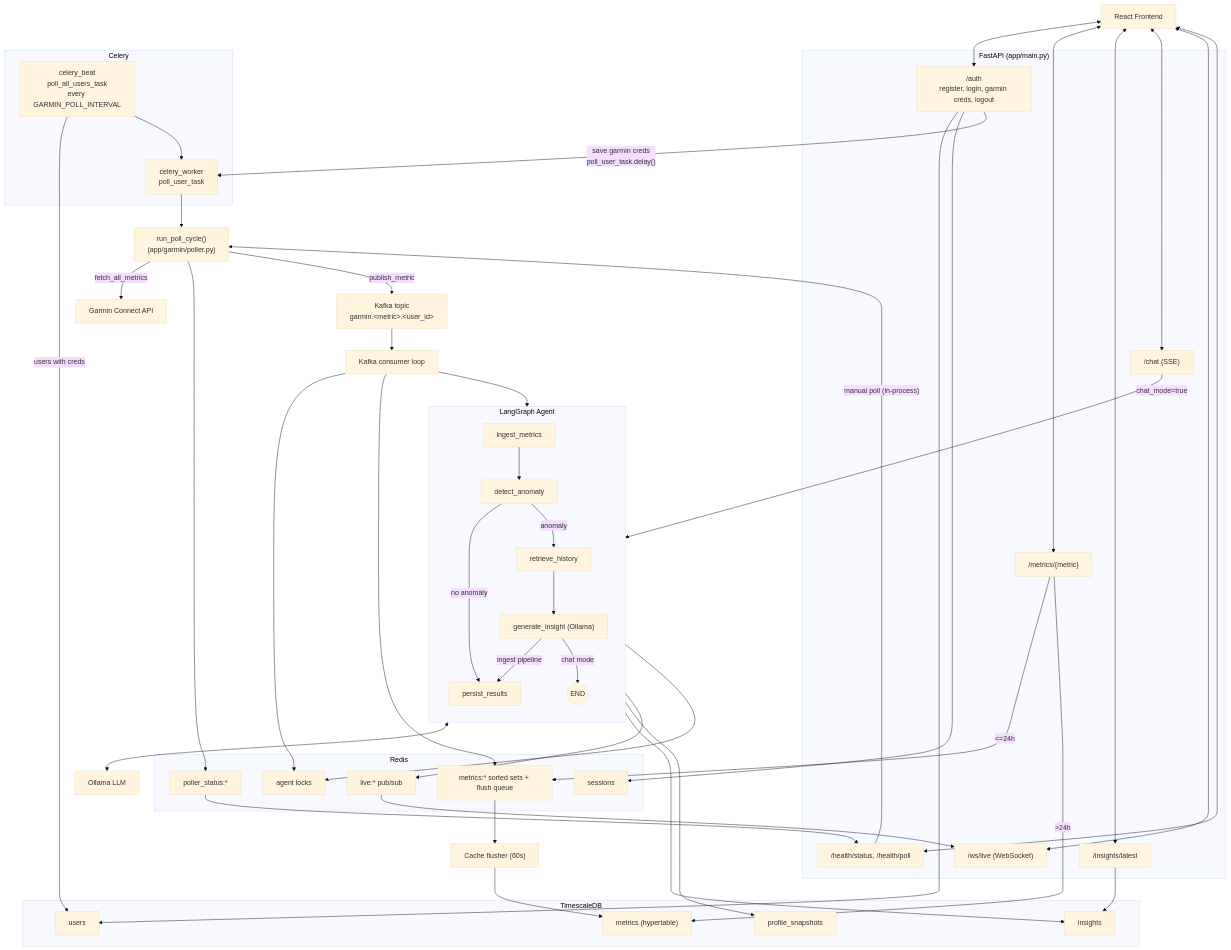
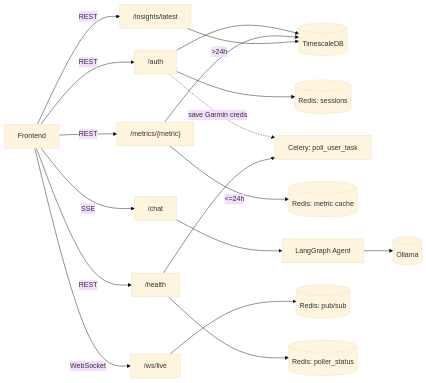
Before and after one commit to gabi-theo/garmin_assistent: the third of 3 diagrams in ARCHITECTURE.md, drawn with Mermaid (base theme). The commit also changed other lines of this file, not shown here.

Commit message:
Updated architecture

````diff
--- a/ARCHITECTURE.md
+++ b/ARCHITECTURE.md
@@ -3,103 +78,26 @@
 ```mermaid
-flowchart TB
-    UI["React Frontend"]
+flowchart LR
+    UI["Frontend"]
 
-    subgraph API["FastAPI (app/main.py)"]
-        AUTH["/auth<br/>register, login, garmin creds, logout"]
-        METRICSAPI["/metrics/{metric}"]
-        INSIGHTSAPI["/insights/latest"]
-        CHATAPI["/chat (SSE)"]
-        WSAPI["/ws/live (WebSocket)"]
-        HEALTHAPI["/health/status, /health/poll"]
-    end
+    UI -->|"REST"| AUTH["/auth"]
+    UI -->|"REST"| METRICS["/metrics/{metric}"]
+    UI -->|"REST"| INSIGHTS["/insights/latest"]
+    UI -->|"SSE"| CHAT["/chat"]
+    UI -->|"WebSocket"| WS["/ws/live"]
+    UI -->|"REST"| HEALTH["/health"]
 
-    subgraph CELERY["Celery"]
-        BEAT["celery_beat<br/>poll_all_users_task<br/>every GARMIN_POLL_INTERVAL"]
-        WORKER["celery_worker<br/>poll_user_task"]
-    end
+    AUTH --> DB[("TimescaleDB")]
+    AUTH --> SESS[("Redis: sessions")]
+    AUTH -.->|"save Garmin creds"| WORKER["Celery: poll_user_task"]
 
-    RUNPOLL["run_poll_cycle()<br/>(app/garmin/poller.py)"]
-    GARMIN["Garmin Connect API"]
-    KAFKA["Kafka topic<br/>garmin.&lt;metric&gt;.&lt;user_id&gt;"]
-    CONSUMER["Kafka consumer loop"]
+    METRICS -->|"<=24h"| CACHE[("Redis: metric cache")]
+    METRICS -->|">24h"| DB
 
-    subgraph AGENT["LangGraph Agent"]
-        direction TB
-        N1["ingest_metrics"] --> N2["detect_anomaly"]
-        N2 -->|"anomaly"| N3["retrieve_history"]
-        N2 -->|"no anomaly"| N5["persist_results"]
-        N3 --> N4["generate_insight (Ollama)"]
-        N4 -->|"chat mode"| DONE(("END"))
-        N4 -->|"ingest pipeline"| N5
-    end
+    INSIGHTS --> DB
 
-    OLLAMA["Ollama LLM"]
+    CHAT --> AGENT["LangGraph Agent"] --> OLLAMA[("Ollama")]
 
-    subgraph REDIS["Redis"]
-        SESS["sessions"]
-        CACHE["metrics:* sorted sets + flush queue"]
-        STATUS["poller_status:*"]
-        LOCK["agent locks"]
-        PUBSUB["live:* pub/sub"]
-    end
-
-    subgraph TSDB["TimescaleDB"]
-        USERS["users"]
-        METRICSTBL["metrics (hypertable)"]
-        INSIGHTSTBL["insights"]
-        SNAPSHOT["profile_snapshots"]
-    end
-
-    FLUSH["Cache flusher (60s)"]
-
-    %% Frontend <-> API
-    UI <--> AUTH
-    UI <--> METRICSAPI
-    UI <--> INSIGHTSAPI
-    UI <--> CHATAPI
-    UI <--> WSAPI
-    UI <--> HEALTHAPI
-
-    %% Auth
-    AUTH --> USERS
-    AUTH --> SESS
-    AUTH -->|"save garmin creds<br/>poll_user_task.delay()"| WORKER
-
-    %% Polling pipeline
-    BEAT -->|"users with creds"| USERS
-    BEAT --> WORKER
-    WORKER --> RUNPOLL
-    HEALTHAPI -->|"manual poll (in-process)"| RUNPOLL
-    STATUS --> HEALTHAPI
-
-    RUNPOLL -->|"fetch_all_metrics"| GARMIN
-    RUNPOLL --> STATUS
-    RUNPOLL -->|"publish_metric"| KAFKA
-
-    %% Ingestion -> Agent
-    KAFKA --> CONSUMER
-    CONSUMER --> LOCK
-    CONSUMER --> CACHE
-    CONSUMER --> N1
-
-    %% Chat path enters agent directly
-    CHATAPI -->|"chat_mode=true"| N3
-
-    %% Agent <-> Ollama
-    N4 <--> OLLAMA
-
-    %% Persist + live push
-    N5 --> INSIGHTSTBL
-    N5 --> SNAPSHOT
-    N5 --> PUBSUB
-    N5 --> LOCK
-    PUBSUB --> WSAPI
-
-    %% Reads
-    METRICSAPI -->|"<=24h"| CACHE
-    METRICSAPI -->|">24h"| METRICSTBL
-    INSIGHTSAPI --> INSIGHTSTBL
-
-    %% Background flush
-    CACHE --> FLUSH --> METRICSTBL
+    WS --> PUBSUB[("Redis: pub/sub")]
+    HEALTH --> WORKER
+    HEALTH --> STATUS[("Redis: poller_status")]
 ```
````
